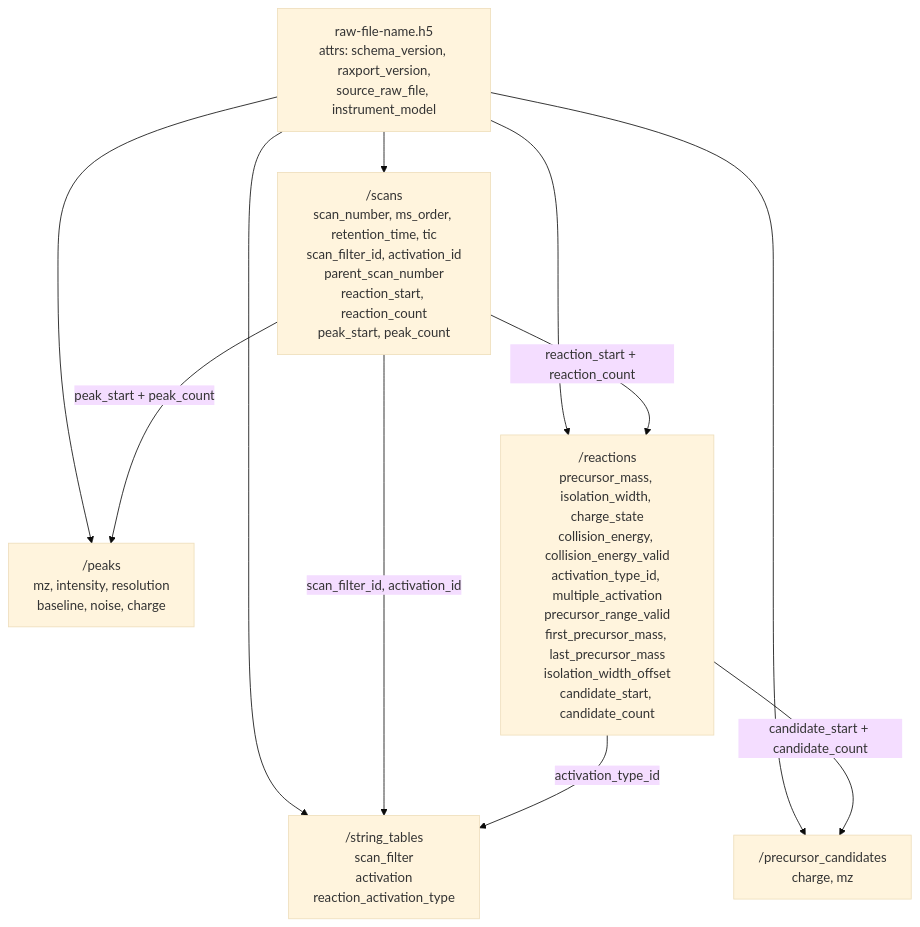
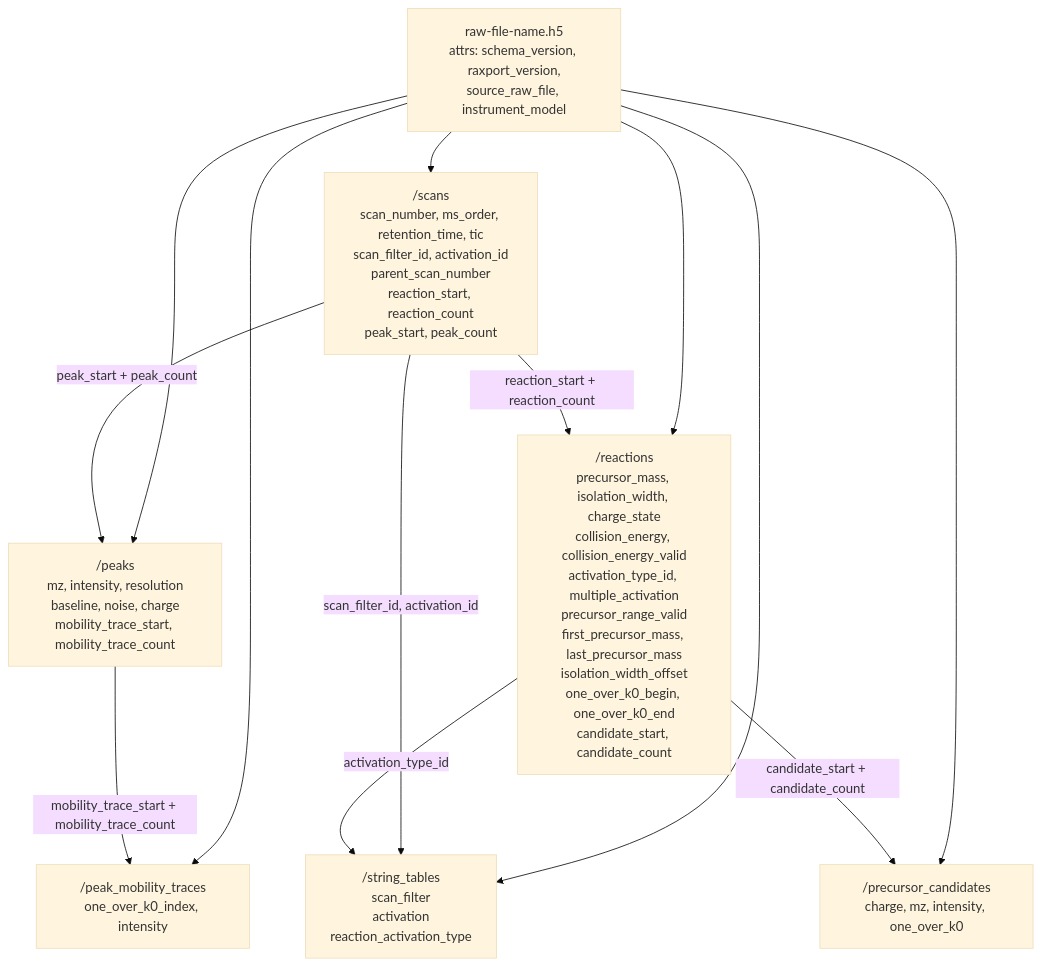
Before and after one commit to xyz1396/Raxport.net: the diagram in README.md, drawn with Mermaid (base theme). The commit also changed other lines of this file and 11 other files, not shown here.

````diff
--- a/README.md
+++ b/README.md
@@ -99,16 +103,18 @@
 ```mermaid
 flowchart TD
     root["raw-file-name.h5<br/>attrs: schema_version, raxport_version,<br/>source_raw_file, instrument_model"]
 
     root --> scans["/scans<br/>scan_number, ms_order, retention_time, tic<br/>scan_filter_id, activation_id<br/>parent_scan_number<br/>reaction_start, reaction_count<br/>peak_start, peak_count"]
-    root --> peaks["/peaks<br/>mz, intensity, resolution<br/>baseline, noise, charge"]
-    root --> reactions["/reactions<br/>precursor_mass, isolation_width, charge_state<br/>collision_energy, collision_energy_valid<br/>activation_type_id, multiple_activation<br/>precursor_range_valid<br/>first_precursor_mass, last_precursor_mass<br/>isolation_width_offset<br/>candidate_start, candidate_count"]
-    root --> candidates["/precursor_candidates<br/>charge, mz"]
+    root --> peaks["/peaks<br/>mz, intensity, resolution<br/>baseline, noise, charge<br/>mobility_trace_start, mobility_trace_count"]
+    root --> traces["/peak_mobility_traces<br/>one_over_k0_index, intensity"]
+    root --> reactions["/reactions<br/>precursor_mass, isolation_width, charge_state<br/>collision_energy, collision_energy_valid<br/>activation_type_id, multiple_activation<br/>precursor_range_valid<br/>first_precursor_mass, last_precursor_mass<br/>isolation_width_offset<br/>one_over_k0_begin, one_over_k0_end<br/>candidate_start, candidate_count"]
+    root --> candidates["/precursor_candidates<br/>charge, mz, intensity, one_over_k0"]
     root --> strings["/string_tables<br/>scan_filter<br/>activation<br/>reaction_activation_type"]
 
     scans -- "peak_start + peak_count" --> peaks
+    peaks -- "mobility_trace_start + mobility_trace_count" --> traces
     scans -- "reaction_start + reaction_count" --> reactions
     reactions -- "candidate_start + candidate_count" --> candidates
     scans -- "scan_filter_id, activation_id" --> strings
     reactions -- "activation_type_id" --> strings
 ```
````
